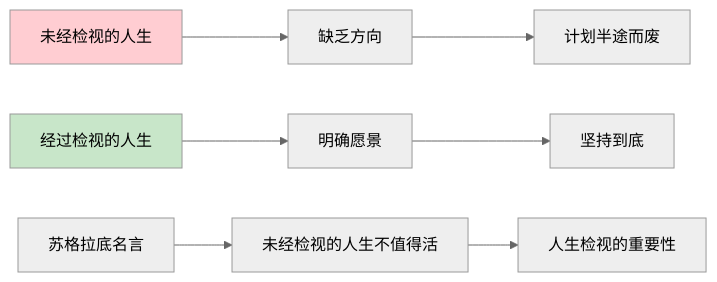
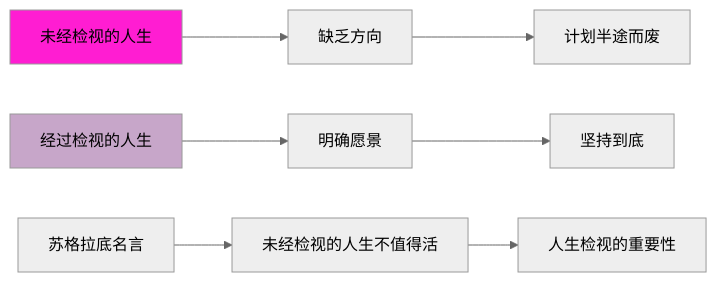
Before and after one commit to chongyang211/YCBookBlog: the second of 13 diagrams in 10.打工充平常记录/10.自我精进七课/01.自我思考和挑战/1.2需求层次的模型.md, drawn with Mermaid (neutral theme).

Commit message:
有过自己的梦想

````diff
--- a/10.打工充平常记录/10.自我精进七课/01.自我思考和挑战/1.2需求层次的模型.md
+++ b/10.打工充平常记录/10.自我精进七课/01.自我思考和挑战/1.2需求层次的模型.md
@@ -52,14 +52,14 @@
 ```mermaid
 flowchart LR
     A[未经检视的人生] --> B[缺乏方向]
     B --> C[计划半途而废]
     
     D[经过检视的人生] --> E[明确愿景]
     E --> F[坚持到底]
     
     G[苏格拉底名言] --> H["未经检视的人生不值得活"]
     H --> I[人生检视的重要性]
     
-    style A fill:#ffcdd2
-    style D fill:#c8e6c9
+    style A fill:#ff1dd2
+    style D fill:#c7a6c9
 ```
````
